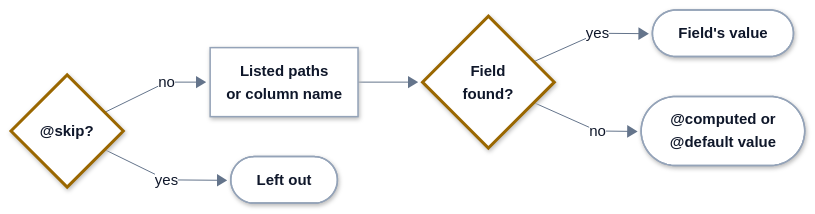
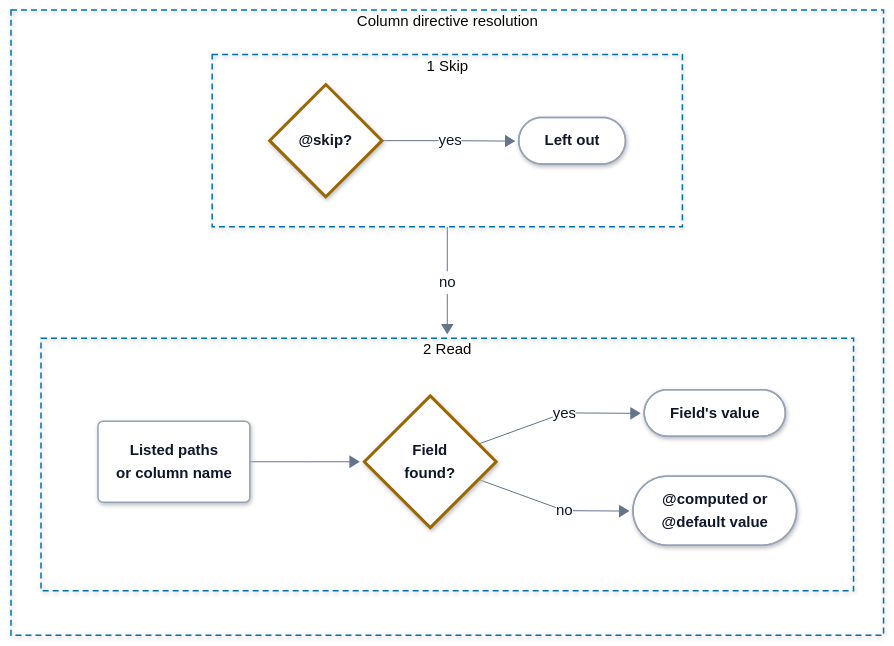
The diagram in docs/clickhouse/ddl-directives.md (hyperi-io/dfe-loader), drawn with Mermaid before and after one commit. The commit also changed 19 other files, not shown here.

First line of the commit message:
docs(architecture): bring the loader pages to the architecture standard

````diff
--- a/docs/clickhouse/ddl-directives.md
+++ b/docs/clickhouse/ddl-directives.md
@@ -82,22 +82,34 @@
     .ui .label-icon{color:#D9480F}
     .ext .label-icon{color:#64748B}
 ---
-flowchart LR
+flowchart TB
     accTitle: L4 Detail -- Column directive resolution
     accDescr: A column marked skip is left out of the insert. Any other column reads the paths its source or renamed directive lists, else the field named like the column. A field found is written. A column with no field found takes its computed or default value.
 
-    skip{"<b>@skip?</b>"}
-    read["<b>Listed paths<br/>or column name</b>"]
-    left(["<b>Left out</b>"])
-    found{"<b>Field<br/>found?</b>"}
-    value(["<b>Field's value</b>"])
-    fill(["<b>@computed or<br/>@default value</b>"])
-
-    skip -->|no| read
-    skip -->|yes| left
-    read --> found
-    found -->|yes| value
-    found -->|no| fill
+    subgraph resolve["Column directive resolution"]
+        direction TB
+        subgraph R1["1 Skip"]
+            direction LR
+            skip{"<b>@skip?</b>"}
+            left(["<b>Left out</b>"])
+            skip -->|yes| left
+        end
+        subgraph R2["2 Read"]
+            direction LR
+            read("<b>Listed paths<br/>or column name</b>")
+            found{"<b>Field<br/>found?</b>"}
+            value(["<b>Field's value</b>"])
+            fill(["<b>@computed or<br/>@default value</b>"])
+            read --> found
+            found -->|yes| value
+            found -->|no| fill
+        end
+        R1 -->|no| R2
+    end
+  class skip,found decision
+  class read,left,value,fill part
+  class skip,found decision
+  class read,left,value,fill part
   classDef ext fill:#F4F6F8,stroke:#94A3B8,stroke-width:1.5px,stroke-dasharray:5 4,color:#0F172A
   classDef ingest fill:#FFFFFF,stroke:#0E8A7D,stroke-width:3px,color:#0F172A
   classDef xform fill:#FFFFFF,stroke:#7B4FB0,stroke-width:3px,color:#0F172A
@@ -109,6 +121,7 @@
   classDef error fill:#FFFFFF,stroke:#C2410C,stroke-width:3px,color:#0F172A
   classDef control fill:#FFFFFF,stroke:#334155,stroke-width:3px,color:#0F172A
   classDef part fill:#FFFFFF,stroke:#94A3B8,stroke-width:1.5px,color:#0F172A
-  class skip,found decision
-  class read,left,value,fill part
+  style resolve fill:none,stroke:#0072B2,stroke-width:1.5px,stroke-dasharray:6 4
+  style R1 fill:none,stroke:#0072B2,stroke-width:1.5px,stroke-dasharray:6 4
+  style R2 fill:none,stroke:#0072B2,stroke-width:1.5px,stroke-dasharray:6 4
 ```
````
